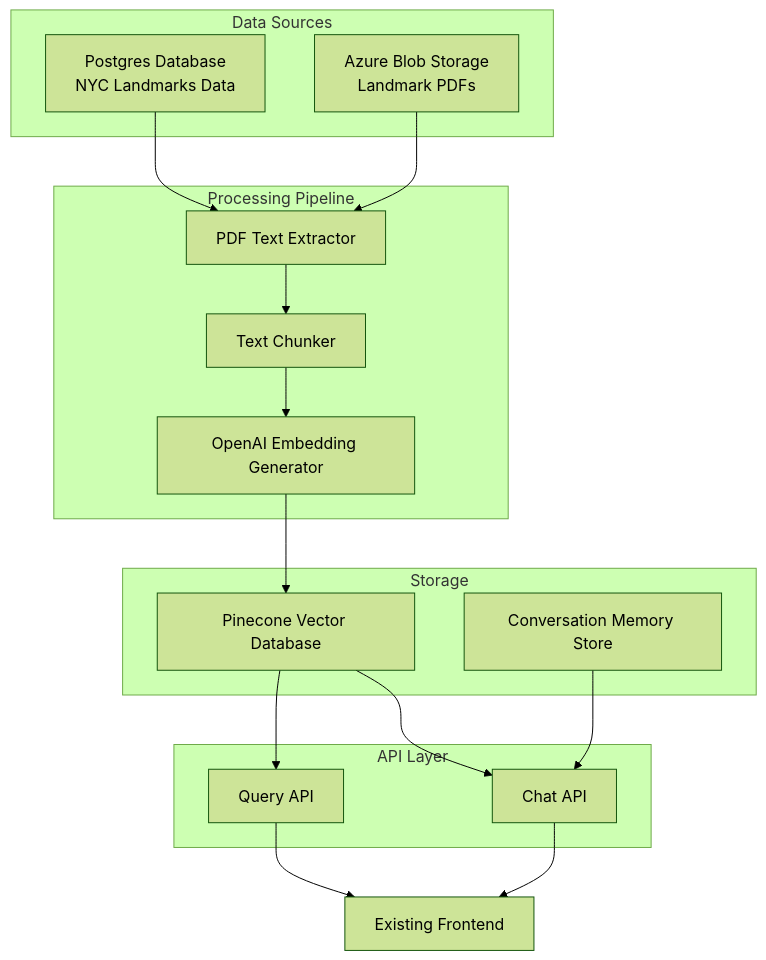
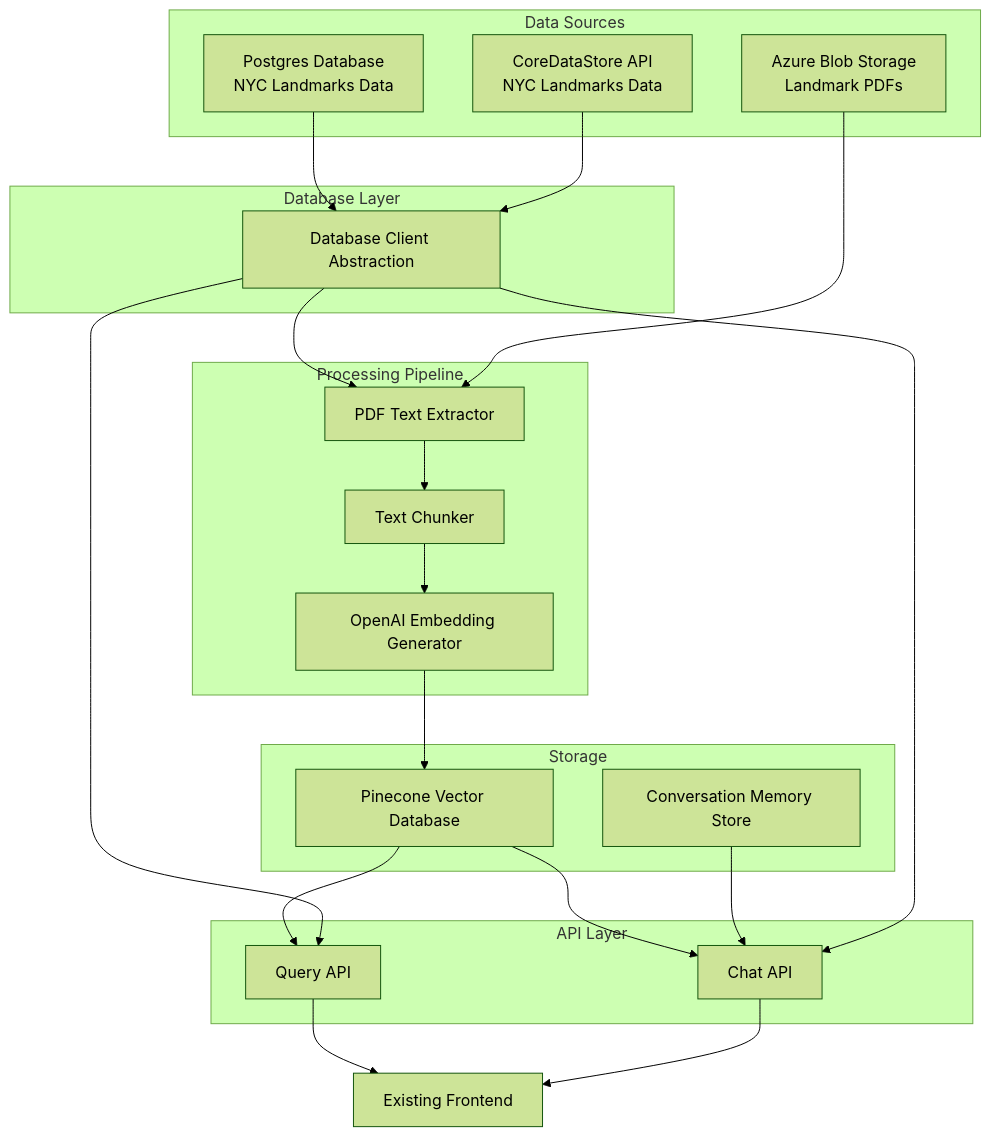
The diagram in memory-bank/systemPatterns.md (stuartshay/nyc-landmarks-vector-db), drawn with Mermaid (forest theme) before and after one commit. The commit also changed other lines of this file and 10 other files, not shown here.

````diff
--- a/memory-bank/systemPatterns.md
+++ b/memory-bank/systemPatterns.md
@@ -5,35 +5,44 @@
 ```mermaid
 flowchart TD
     subgraph "Data Sources"
-        A[Postgres Database\nNYC Landmarks Data]
+        A1[Postgres Database\nNYC Landmarks Data]
+        A2[CoreDataStore API\nNYC Landmarks Data]
         B[Azure Blob Storage\nLandmark PDFs]
+    end
+
+    subgraph "Database Layer"
+        DB[Database Client Abstraction]
     end
 
     subgraph "Processing Pipeline"
         C[PDF Text Extractor]
         D[Text Chunker]
         E[OpenAI Embedding Generator]
     end
 
     subgraph "Storage"
         F[Pinecone Vector Database]
         G[Conversation Memory Store]
     end
 
     subgraph "API Layer"
         H[Query API]
         I[Chat API]
     end
 
-    A --> C
+    A1 --> DB
+    A2 --> DB
+    DB --> C
     B --> C
     C --> D
     D --> E
     E --> F
     F --> H
     F --> I
     G --> I
+    DB --> H
+    DB --> I
 
     H --> J[Existing Frontend]
     I --> J
 ```
````
